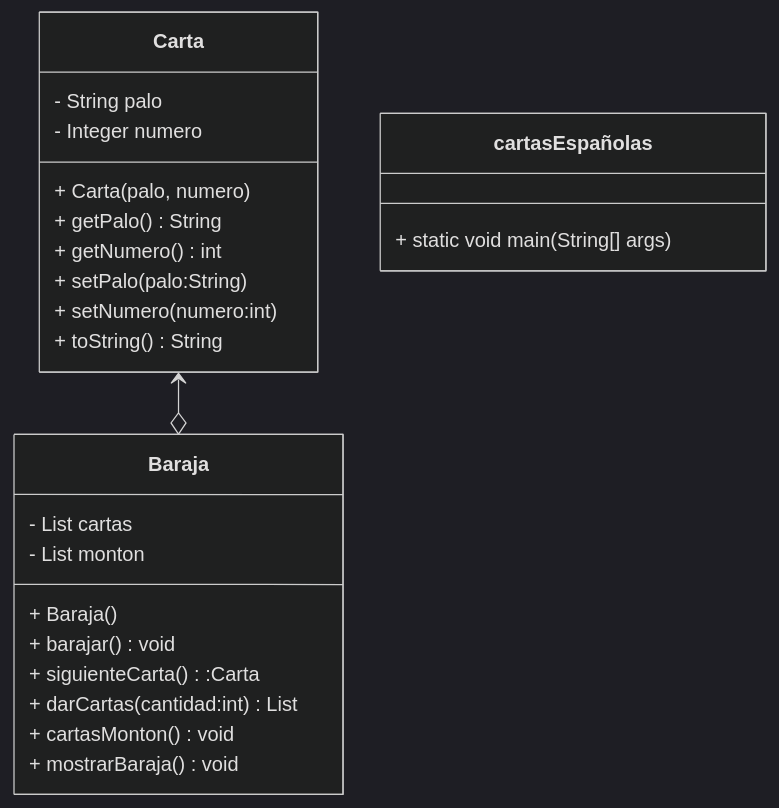
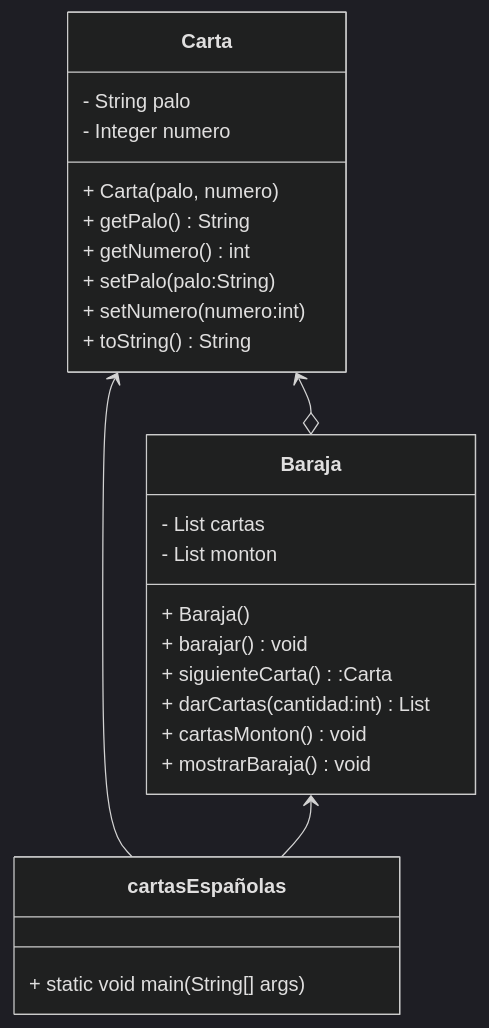
Before and after one commit to HollmannCod3/Actividad-aulica-1: the diagram in uml-class-diagram.md, drawn with Mermaid (dark theme).

Commit message:
Actualiza las relaciones y metodos

````diff
--- a/uml-class-diagram.md
+++ b/uml-class-diagram.md
@@ -1,30 +1,32 @@
 ```mermaid
 classDiagram
     class Carta{
         - String palo
         - Integer numero
         + Carta(palo, numero)
         + getPalo() String
         + getNumero() int
         + setPalo(palo:String)
         + setNumero(numero:int)
         + toString()String
     }
 
     class Baraja {
         - List<Carta> cartas
         - List<Carta> monton
         + Baraja()
         + barajar() void
         + siguienteCarta():Carta
         + darCartas(cantidad:int) List<Carta>
         + cartasMonton() void
         + mostrarBaraja() void
 
     }
     Carta <--o Baraja
+    Carta <-- cartasEspañolas
+    Baraja <-- cartasEspañolas
 
 
 
 cartas Españolas: + static void main(String[] args)
 ```
````
